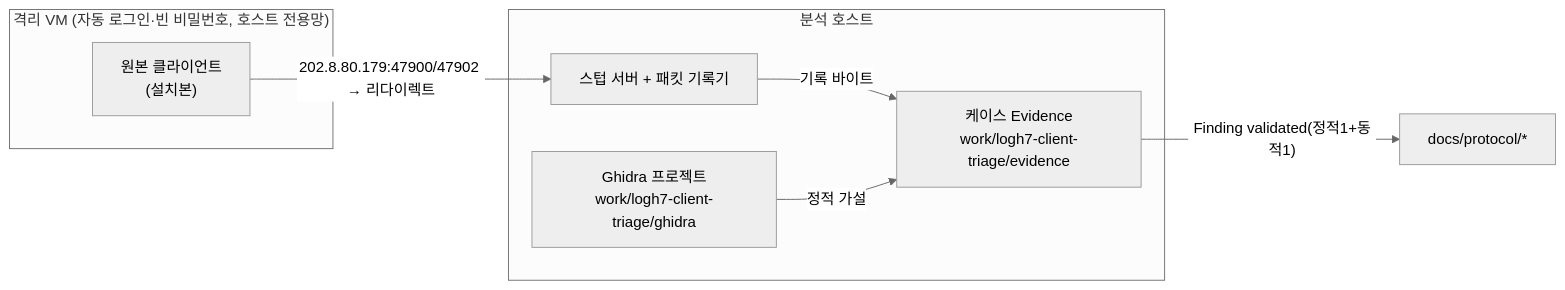
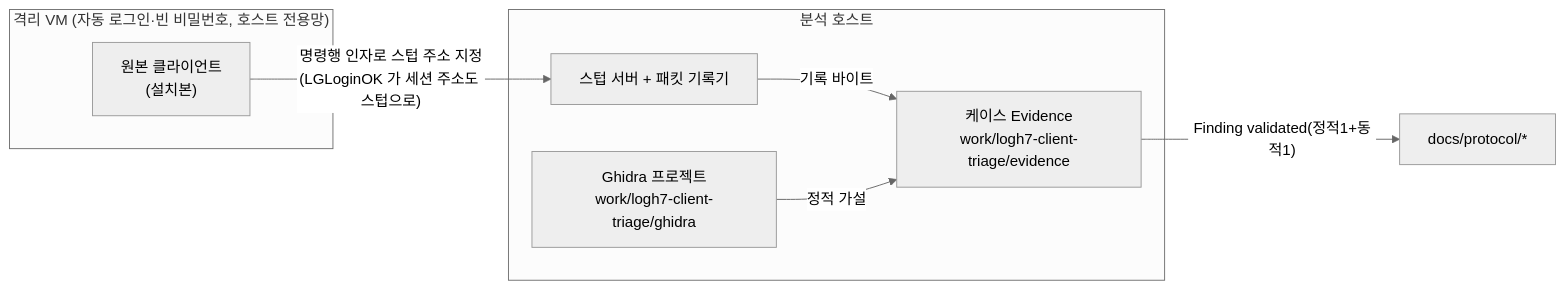
Before and after one commit to peppone-choi/logh7: the second of 2 diagrams in docs/ops/architecture.md, drawn with Mermaid (neutral theme). The commit also changed other lines of this file and 8 other files, not shown here.

````diff
--- a/docs/ops/architecture.md
+++ b/docs/ops/architecture.md
@@ -41,15 +42,15 @@
 ```mermaid
 flowchart LR
   subgraph VM["격리 VM (자동 로그인·빈 비밀번호, 호스트 전용망)"]
     C2["원본 클라이언트<br/>(설치본)"]
   end
   subgraph Host["분석 호스트"]
     STUB["스텁 서버 + 패킷 기록기"]
     GH["Ghidra 프로젝트<br/>work/logh7-client-triage/ghidra"]
     CASE["케이스 Evidence<br/>work/logh7-client-triage/evidence"]
   end
-  C2 -- "202.8.80.179:47900/47902 → 리다이렉트" --> STUB
+  C2 -- "명령행 인자로 스텁 주소 지정<br/>(LGLoginOK 가 세션 주소도 스텁으로)" --> STUB
   STUB -- "기록 바이트" --> CASE
   GH -- "정적 가설" --> CASE
   CASE -- "Finding validated(정적1+동적1)" --> SPEC["docs/protocol/*"]
 ```
````
